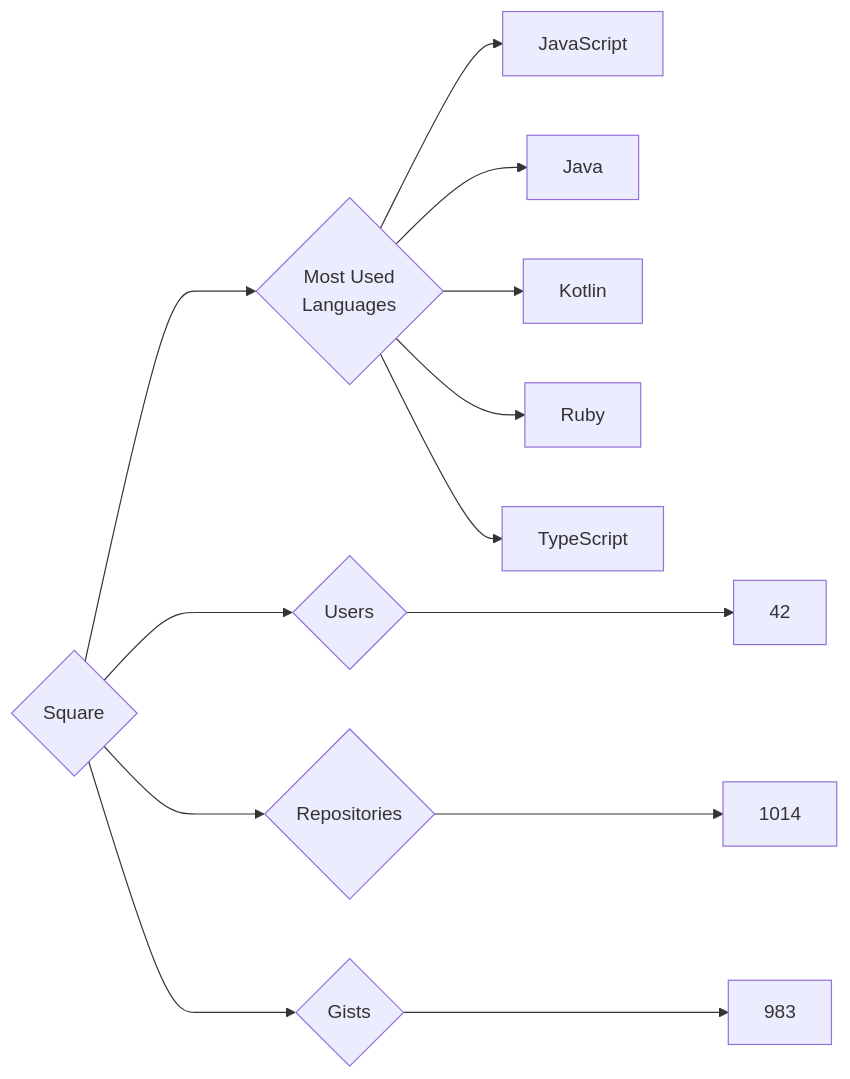
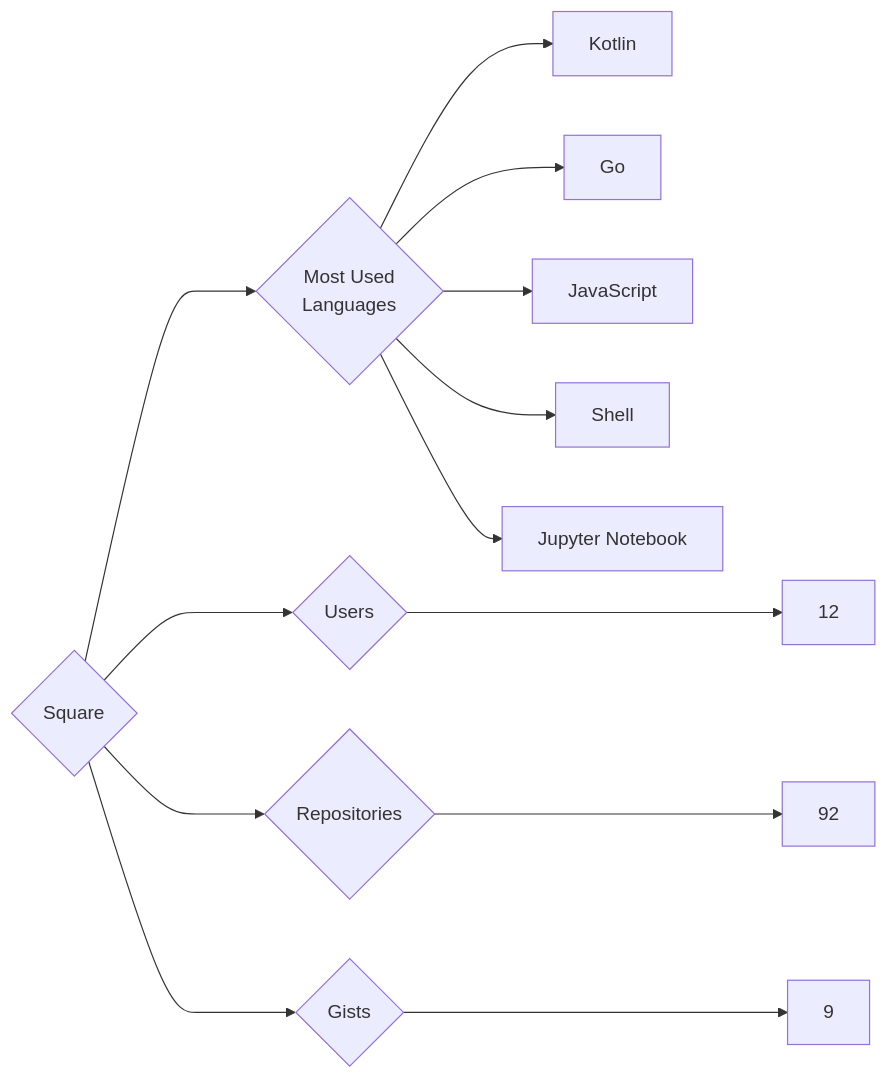
Before and after one commit to trickest/insiders: the diagram in targets/Square/README.md, drawn with Mermaid. The commit also changed 695 other files, not shown here.

````diff
--- a/targets/Square/README.md
+++ b/targets/Square/README.md
@@ -3,13 +3,13 @@
 ```mermaid
 graph LR
 COMPANY_NAME{Square}
-COMPANY_NAME ---> U{Users} ---> UN[42]
-COMPANY_NAME ---> R{Repositories} ---> RN[1014]
-COMPANY_NAME ---> G{Gists} ---> GN[983]
+COMPANY_NAME ---> U{Users} ---> UN[12]
+COMPANY_NAME ---> R{Repositories} ---> RN[92]
+COMPANY_NAME ---> G{Gists} ---> GN[9]
 COMPANY_NAME ---> ML{Most Used<br>Languages}
+ML --> Kotlin[Kotlin]
+ML --> Go[Go]
 ML --> JavaScript[JavaScript]
-ML --> Java[Java]
-ML --> Kotlin[Kotlin]
-ML --> Ruby[Ruby]
-ML --> TypeScript[TypeScript]
+ML --> Shell[Shell]
+ML --> Jupyter_Notebook[Jupyter Notebook]
 ```
````
